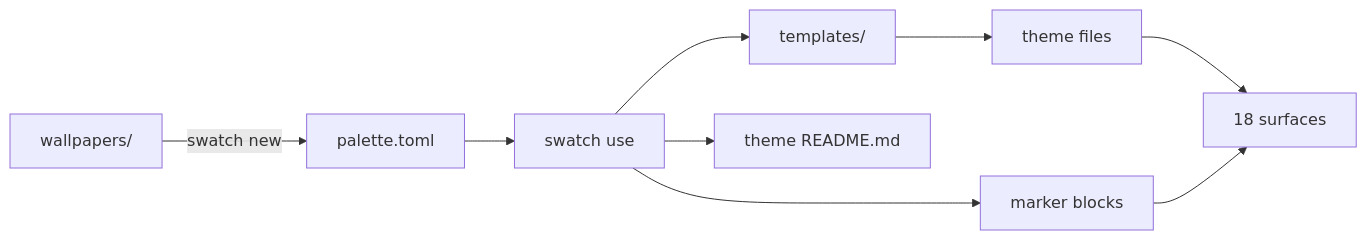
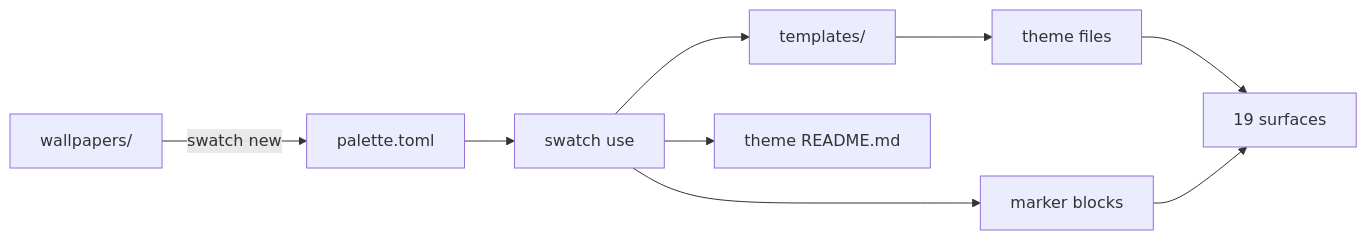
One commit to nitrimandylis/swatch changed the diagram in README.md. Above: the diagram before and after it, drawn with Mermaid. The commit also changed other lines of this file and 5 other files, not shown here.

````diff
--- a/README.md
+++ b/README.md
@@ -189,11 +191,11 @@
 ```mermaid
 flowchart LR
     W[wallpapers/] -->|swatch new| P[palette.toml]
     P --> R[swatch use]
     R --> T[templates/]
     T --> F[theme files]
     R --> M[marker blocks]
-    F --> A[18 surfaces]
+    F --> A[19 surfaces]
     M --> A
     R --> D[theme README.md]
 ```
````
